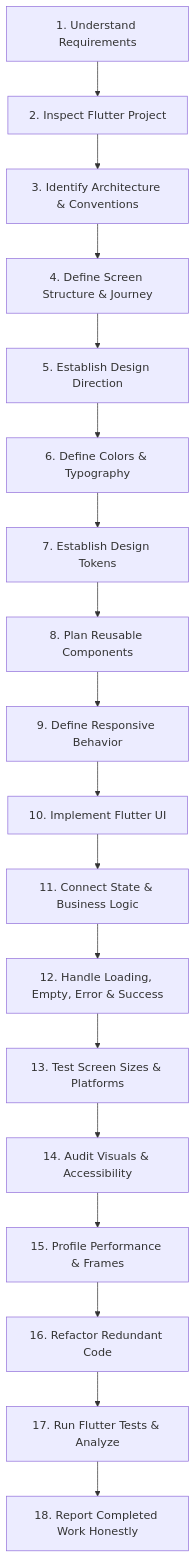
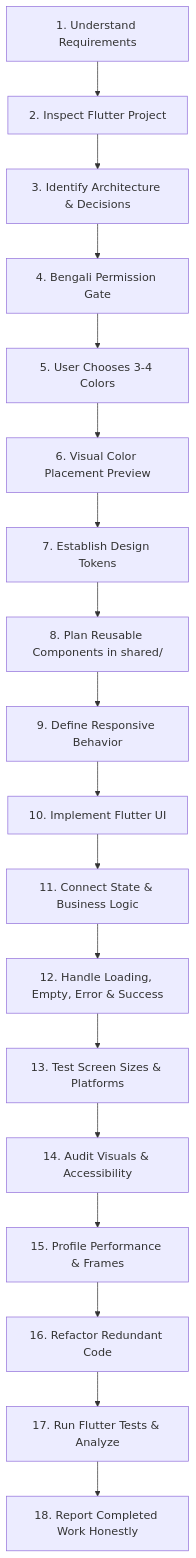
One commit to juwelzan/human-ui-engineering changed the diagram in skills/human-flutter/SKILL.md. Above: the diagram before and after it, drawn with Mermaid. The commit also changed other lines of this file and 26 other files, not shown here.

Commit message:
feat(human-flutter): implement permission-first Bengali decision system and mandatory 3-tier architecture (v4.1.0)

````diff
--- a/skills/human-flutter/SKILL.md
+++ b/skills/human-flutter/SKILL.md
@@ -65,20 +136,20 @@
 ```mermaid
 flowchart TD
     W1[1. Understand Requirements] --> W2[2. Inspect Flutter Project]
-    W2 --> W3[3. Identify Architecture & Conventions]
-    W3 --> W4[4. Define Screen Structure & Journey]
-    W4 --> W5[5. Establish Design Direction]
-    W5 --> W6[6. Define Colors & Typography]
+    W2 --> W3[3. Identify Architecture & Decisions]
+    W3 --> W4[4. Bengali Permission Gate]
+    W4 --> W5[5. User Chooses 3-4 Colors]
+    W5 --> W6[6. Visual Color Placement Preview]
     W6 --> W7[7. Establish Design Tokens]
-    W7 --> W8[8. Plan Reusable Components]
+    W7 --> W8[8. Plan Reusable Components in shared/]
     W8 --> W9[9. Define Responsive Behavior]
     W9 --> W10[10. Implement Flutter UI]
     W10 --> W11[11. Connect State & Business Logic]
     W11 --> W12[12. Handle Loading, Empty, Error & Success]
     W12 --> W13[13. Test Screen Sizes & Platforms]
     W13 --> W14[14. Audit Visuals & Accessibility]
     W14 --> W15[15. Profile Performance & Frames]
     W15 --> W16[16. Refactor Redundant Code]
     W16 --> W17[17. Run Flutter Tests & Analyze]
     W17 --> W18[18. Report Completed Work Honestly]
 ```
````
